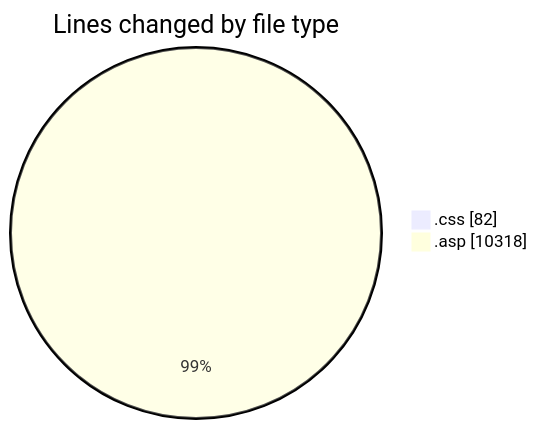
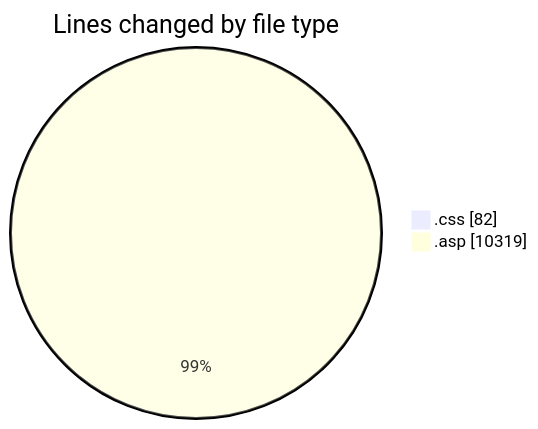
Before and after one commit to julien-gomy/code-tracking: the first of 2 diagrams in 2025-11-16/cdp_aleoudev_fr__workspace_/README.md, drawn with Mermaid. The commit also changed other lines of this file and 1 other file, not shown here.

````diff
--- a/2025-11-16/cdp_aleoudev_fr__workspace_/README.md
+++ b/2025-11-16/cdp_aleoudev_fr__workspace_/README.md
@@ -34,6 +34,6 @@
 ```mermaid
 pie showData
 title Lines changed by file type
 ".css" : 82
-".asp" : 10318
+".asp" : 10319
 ```
````
